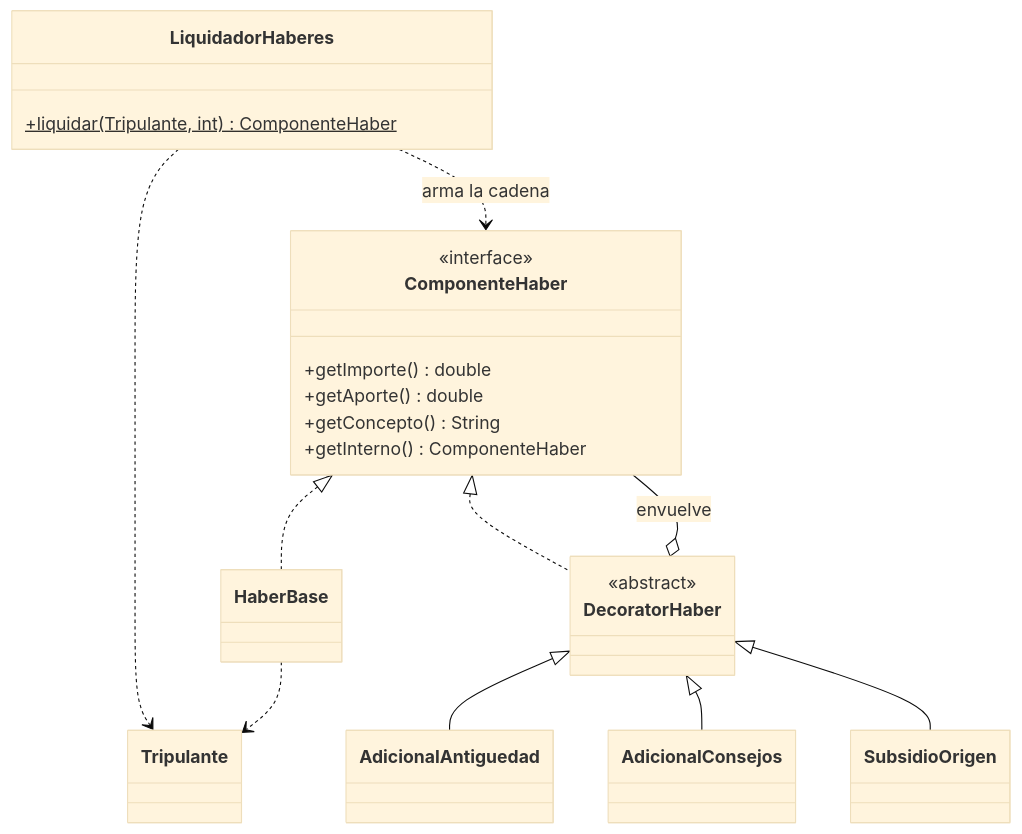
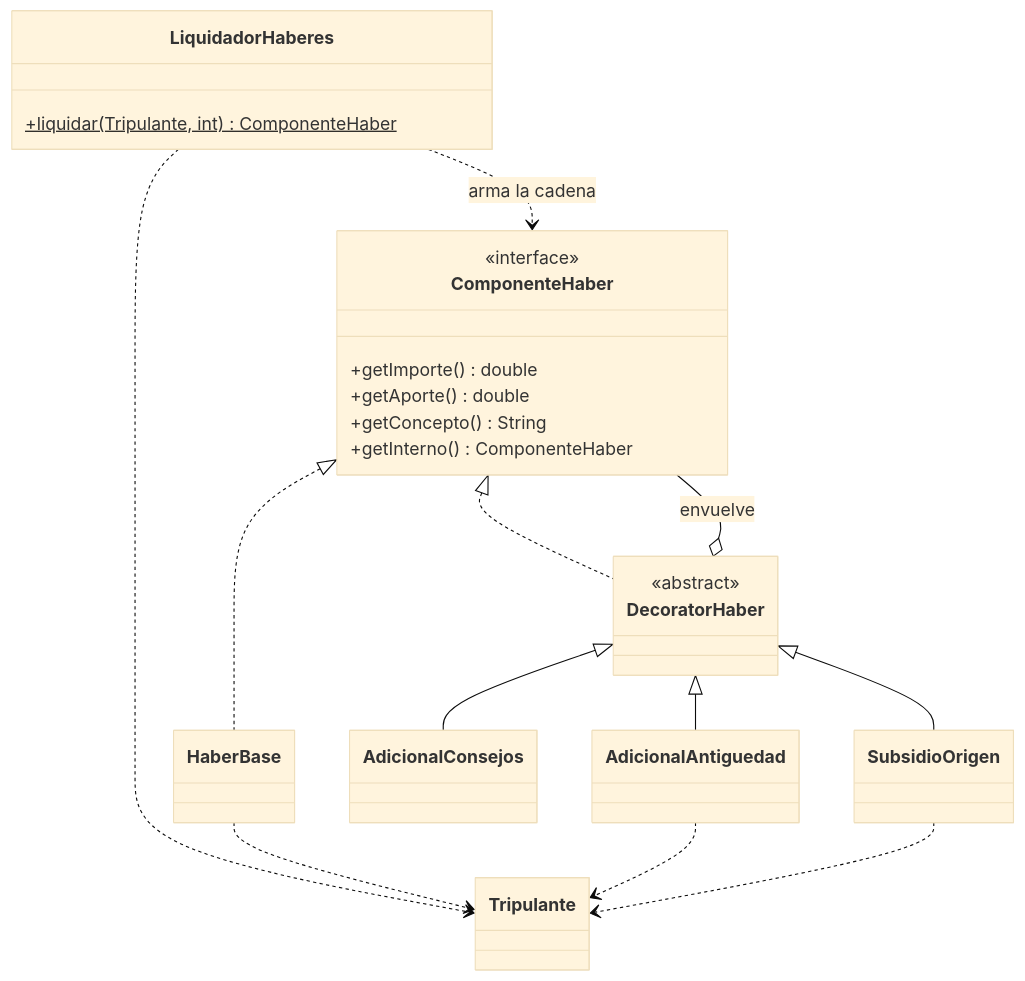
The third of 5 diagrams in docs/uml/diagrama-clases.md (pedro-lorenzo/TPG_Software_Embarcado), drawn with Mermaid (base theme) before and after one commit. The commit also changed other lines of this file and 6 other files, not shown here.

````diff
--- a/docs/uml/diagrama-clases.md
+++ b/docs/uml/diagrama-clases.md
@@ -231,31 +269,33 @@
 ```mermaid
 classDiagram
     class ComponenteHaber {
         <<interface>>
         +getImporte() double
         +getAporte() double
         +getConcepto() String
         +getInterno() ComponenteHaber
     }
     class HaberBase
     class DecoratorHaber {
         <<abstract>>
     }
     class AdicionalAntiguedad
     class AdicionalConsejos
     class SubsidioOrigen
     class LiquidadorHaberes {
         +liquidar(Tripulante, int) ComponenteHaber$
     }
     class Tripulante
 
     ComponenteHaber <|.. HaberBase
     ComponenteHaber <|.. DecoratorHaber
     DecoratorHaber o-- ComponenteHaber : envuelve
     DecoratorHaber <|-- AdicionalAntiguedad
     DecoratorHaber <|-- AdicionalConsejos
     DecoratorHaber <|-- SubsidioOrigen
     LiquidadorHaberes ..> ComponenteHaber : arma la cadena
     LiquidadorHaberes ..> Tripulante
     HaberBase ..> Tripulante
+    AdicionalAntiguedad ..> Tripulante
+    SubsidioOrigen ..> Tripulante
 ```
````
